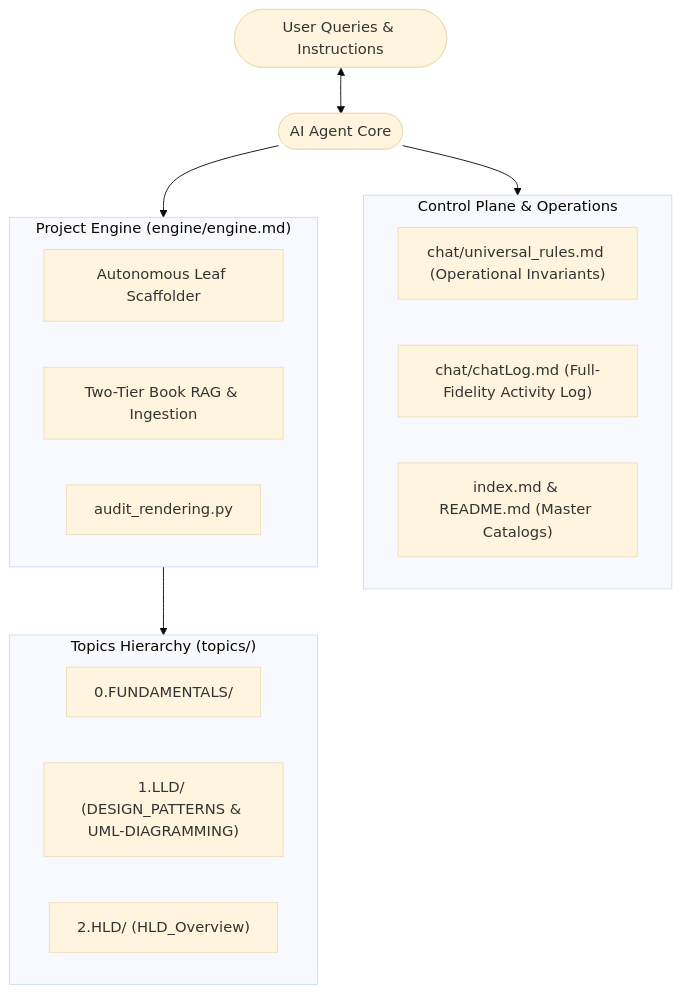
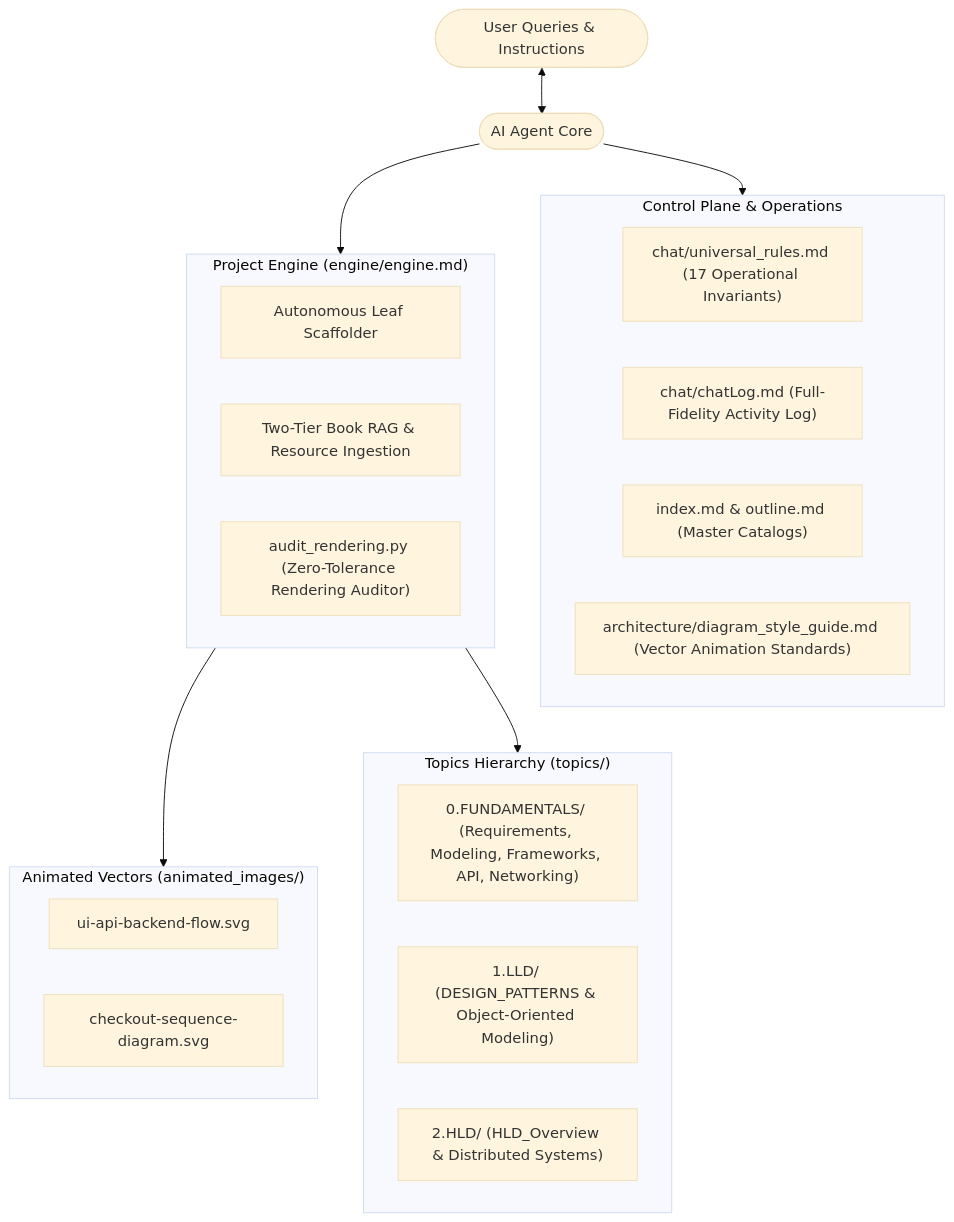
Before and after one commit to AkmKawser/System-Design: the diagram in README.md, drawn with Mermaid (base theme). The commit also changed other lines of this file and 2 other files, not shown here.

Commit message:
docs: refresh README.md and index.md with animated showcase, Rule 17, and accurate topology

````diff
--- a/README.md
+++ b/README.md
@@ -17,26 +27,33 @@
 ```mermaid
 flowchart TD
     User(["User Queries & Instructions"]) <--> Agent(["AI Agent Core"])
     
     subgraph Control_Plane ["Control Plane & Operations"]
-        Rules["chat/universal_rules.md (Operational Invariants)"]
+        Rules["chat/universal_rules.md (17 Operational Invariants)"]
         ChatLog["chat/chatLog.md (Full-Fidelity Activity Log)"]
-        Nav["index.md & README.md (Master Catalogs)"]
+        Nav["index.md & outline.md (Master Catalogs)"]
+        StyleGuide["architecture/diagram_style_guide.md (Vector Animation Standards)"]
     end
     
     subgraph Execution_Engine ["Project Engine (engine/engine.md)"]
         Scaffold["Autonomous Leaf Scaffolder"]
-        Ingestion["Two-Tier Book RAG & Ingestion"]
-        Auditor["audit_rendering.py"]
+        Ingestion["Two-Tier Book RAG & Resource Ingestion"]
+        Auditor["audit_rendering.py (Zero-Tolerance Rendering Auditor)"]
     end
     
+    subgraph Visual_Assets ["Animated Vectors (animated_images/)"]
+        SVGFlow["ui-api-backend-flow.svg"]
+        SVGSeq["checkout-sequence-diagram.svg"]
+    end
+
     subgraph Knowledge_Domain ["Topics Hierarchy (topics/)"]
-        Fundamentals["0.FUNDAMENTALS/"]
-        LLD["1.LLD/ (DESIGN_PATTERNS & UML-DIAGRAMMING)"]
-        HLD["2.HLD/ (HLD_Overview)"]
+        Fundamentals["0.FUNDAMENTALS/ (Requirements, Modeling, Frameworks, API, Networking)"]
+        LLD["1.LLD/ (DESIGN_PATTERNS & Object-Oriented Modeling)"]
+        HLD["2.HLD/ (HLD_Overview & Distributed Systems)"]
     end
 
     Agent --> Control_Plane
     Agent --> Execution_Engine
+    Execution_Engine --> Visual_Assets
     Execution_Engine --> Knowledge_Domain
 ```
````
